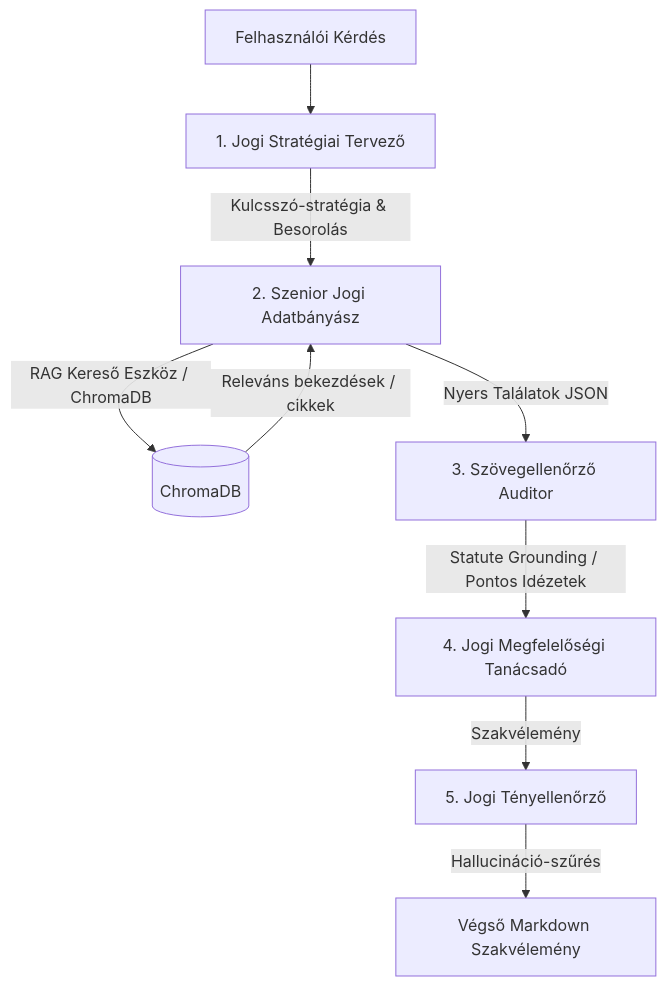
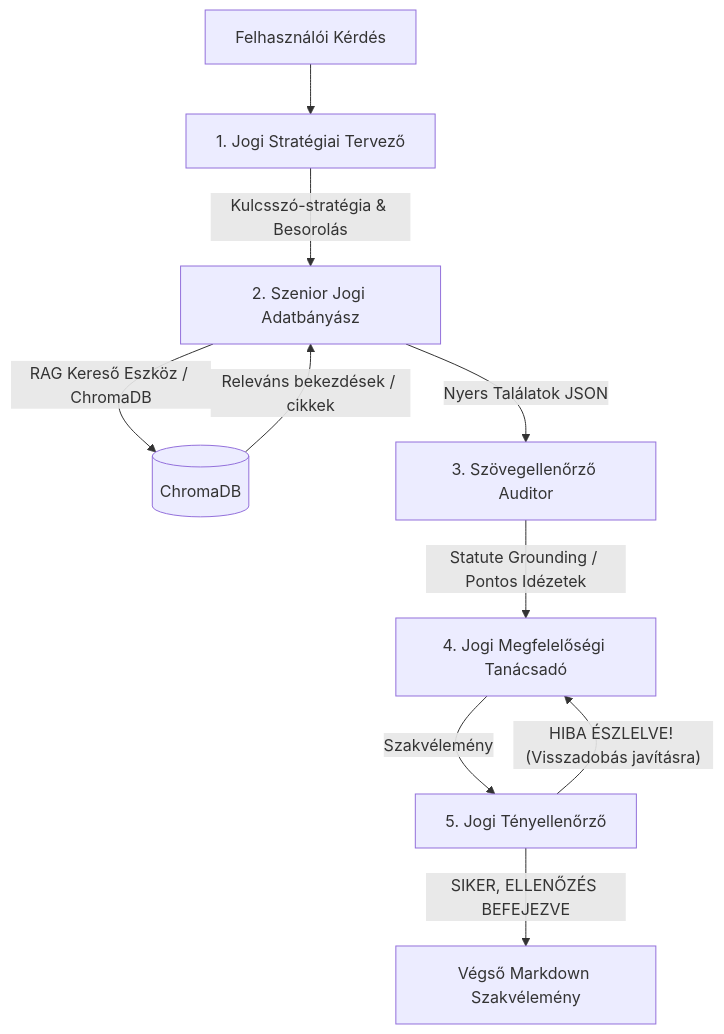
Before and after one commit to LeventeTasy/jogi-agent-rag: the diagram in README.md, drawn with Mermaid.

````diff
--- a/README.md
+++ b/README.md
@@ -22,11 +22,12 @@
 ```mermaid
 graph TD
     Question[Felhasználói Kérdés] --> Strategist[1. Jogi Stratégiai Tervező]
     Strategist --> |Kulcsszó-stratégia & Besorolás| Researcher[2. Szenior Jogi Adatbányász]
     Researcher --> |RAG Kereső Eszköz / ChromaDB| VectorDB[(ChromaDB)]
     VectorDB --> |Releváns bekezdések / cikkek| Researcher
     Researcher --> |Nyers Találatok JSON| Verifier[3. Szövegellenőrző Auditor]
     Verifier --> |Statute Grounding / Pontos Idézetek| Advisor[4. Jogi Megfelelőségi Tanácsadó]
     Advisor --> |Szakvélemény| FactChecker[5. Jogi Tényellenőrző]
-    FactChecker --> |Hallucináció-szűrés| FinalReport[Végső Markdown Szakvélemény]
+    FactChecker --> |"HIBA ÉSZLELVE! (Visszadobás javításra)"| Advisor
+    FactChecker --> |"SIKER, ELLENŐZÉS BEFEJEZVE"| FinalReport[Végső Markdown Szakvélemény]
 ```
````
